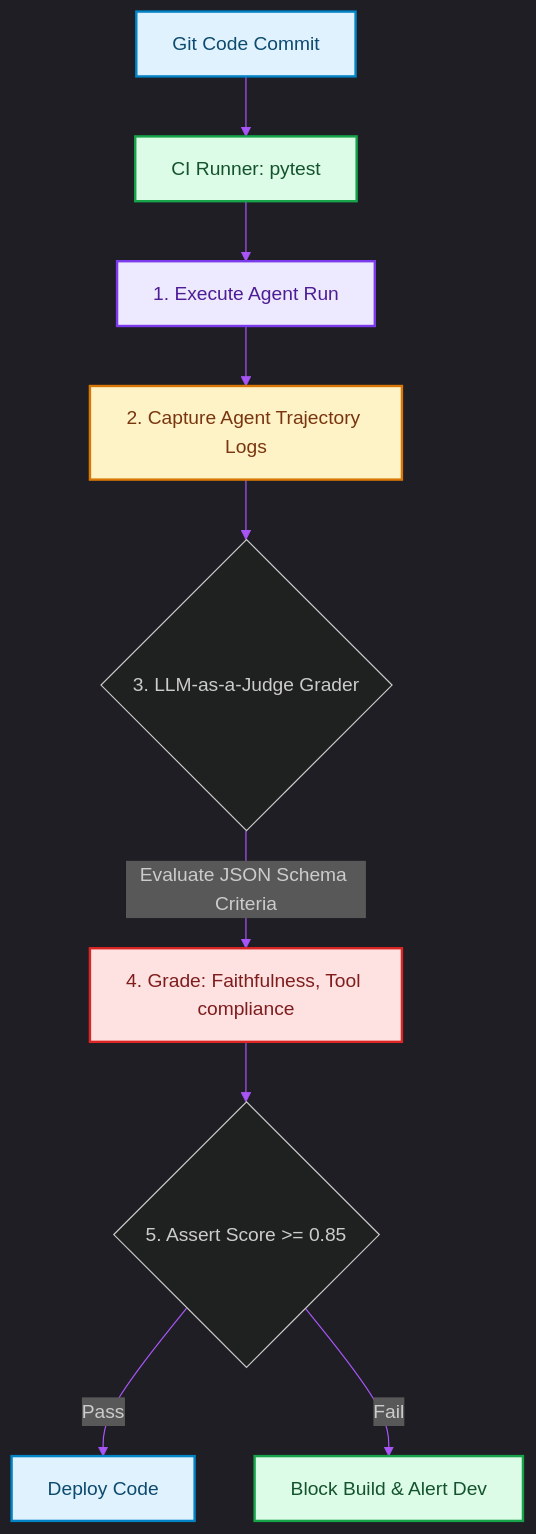
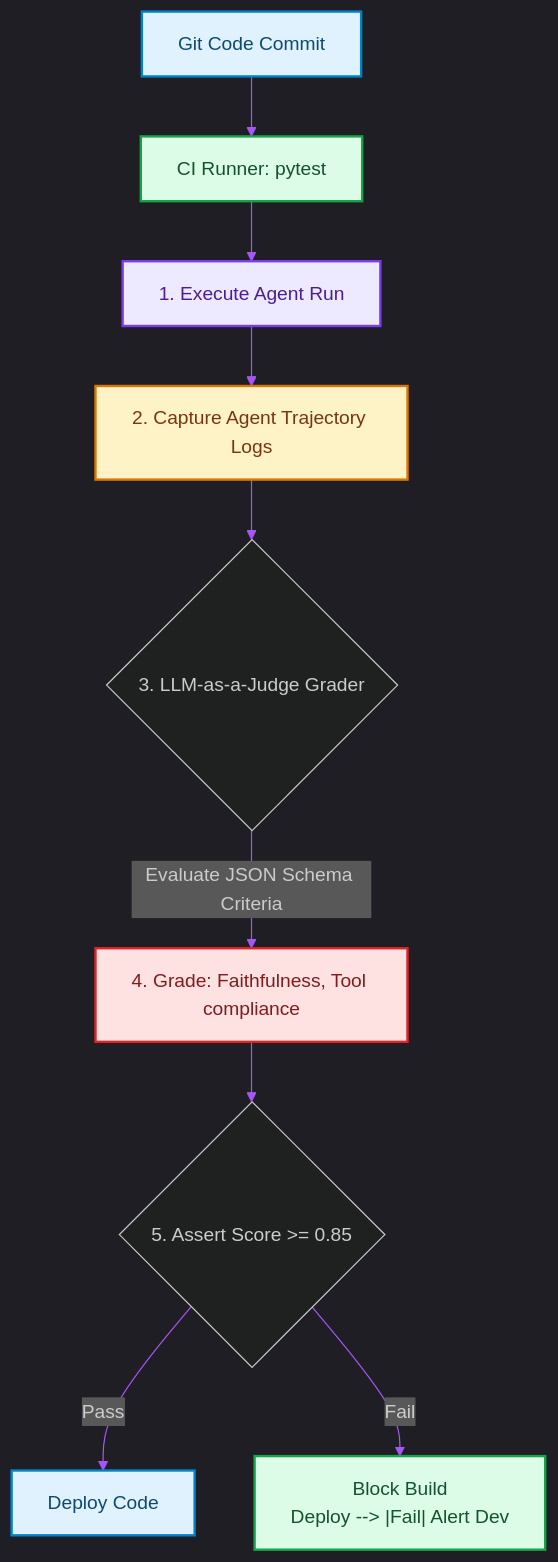
One commit to akmalkhaniub/akmalkhaniub.github.io changed the diagram in blog/posts/agentic-evals-llm-as-a-judge.md. Above: the diagram before and after it, drawn with Mermaid. The commit also changed other lines of this file and 894 other files, not shown here.

Commit message:
feat(blog): upgrade all 444 posts with unique staggered dates, 2-col Mermaid spines, benchmark tables, code blocks, and trade-offs

````diff
--- a/blog/posts/agentic-evals-llm-as-a-judge.md
+++ b/blog/posts/agentic-evals-llm-as-a-judge.md
@@ -18,25 +18,26 @@
 ```mermaid
 %%{init: {'theme': 'dark', 'themeVariables': { 'primaryColor': '#a855f7', 'primaryTextColor': '#f3f4f6', 'primaryBorderColor': '#c084fc', 'lineColor': '#a855f7', 'secondaryColor': '#111827', 'tertiaryColor': '#0b0f19'}}}%%
 flowchart TD
     Git["Git Code Commit"] --> CI["CI Runner: pytest"]
     CI --> Exec["1. Execute Agent Run"]
     Exec --> Trace["2. Capture Agent Trajectory Logs"]
     
     Trace --> Judge{3. LLM-as-a-Judge Grader}
     Judge -->|Evaluate JSON Schema Criteria| Scores["4. Grade: Faithfulness, Tool compliance"]
     
     Scores --> Assert{5. Assert Score >= 0.85}
-    Assert -- Pass --> Deploy["Deploy Code"]
-    Assert -- Fail --> Block["Block Build & Alert Dev"]
+    Assert -->|Pass| Deploy["Deploy Code"]
+    Assert --> |Fail| Block["Block Build
+    Deploy --> |Fail| Alert Dev"]
 
 classDef green fill:#dcfce7,stroke:#16a34a,stroke-width:2px,color:#14532d;
 classDef red fill:#fee2e2,stroke:#dc2626,stroke-width:2px,color:#7f1d1d;
 classDef blue fill:#e0f2fe,stroke:#0284c7,stroke-width:2px,color:#0c4a6e;
 classDef yellow fill:#fef3c7,stroke:#d97706,stroke-width:2px,color:#78350f;
 classDef purple fill:#ede9fe,stroke:#7c3aed,stroke-width:2px,color:#4c1d95;
 class Git,Deploy blue
 class CI,Block green
 class Exec purple
 class Trace yellow
 class Scores red
 ```
````
